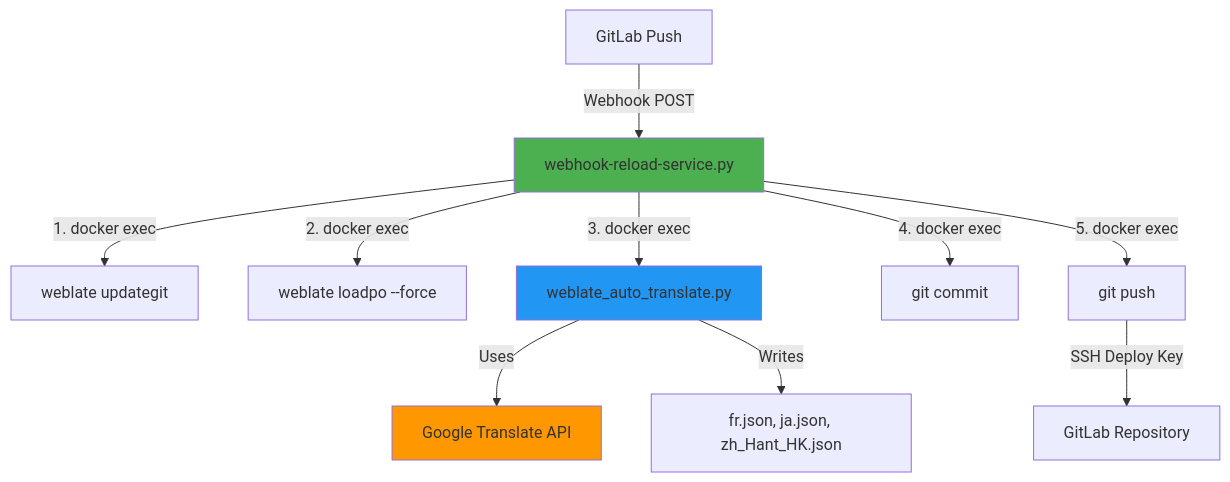
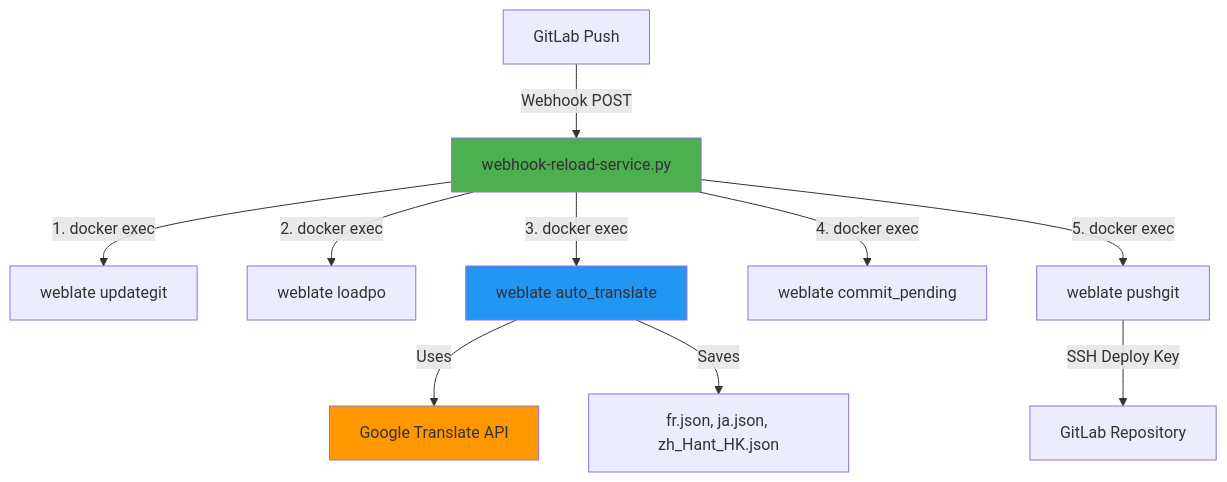
The third of 4 diagrams in README.md (jadecubes/free-translation-platform-buildup), drawn with Mermaid before and after one commit. The commit also changed other lines of this file and 10 other files, not shown here.

````diff
--- a/README.md
+++ b/README.md
@@ -771,16 +815,16 @@
 ```mermaid
 graph TD
     A[GitLab Push] -->|Webhook POST| B[webhook-reload-service.py]
     B -->|1. docker exec| C[weblate updategit]
-    B -->|2. docker exec| D[weblate loadpo --force]
-    B -->|3. docker exec| E[weblate_auto_translate.py]
+    B -->|2. docker exec| D[weblate loadpo]
+    B -->|3. docker exec| E[weblate auto_translate]
     E -->|Uses| F[Google Translate API]
-    E -->|Writes| G[fr.json, ja.json, zh_Hant_HK.json]
-    B -->|4. docker exec| H[git commit]
-    B -->|5. docker exec| I[git push]
+    E -->|Saves| G[fr.json, ja.json, zh_Hant_HK.json]
+    B -->|4. docker exec| H[weblate commit_pending]
+    B -->|5. docker exec| I[weblate pushgit]
     I -->|SSH Deploy Key| J[GitLab Repository]
 
     style B fill:#4CAF50
     style E fill:#2196F3
     style F fill:#FF9800
 ```
````
